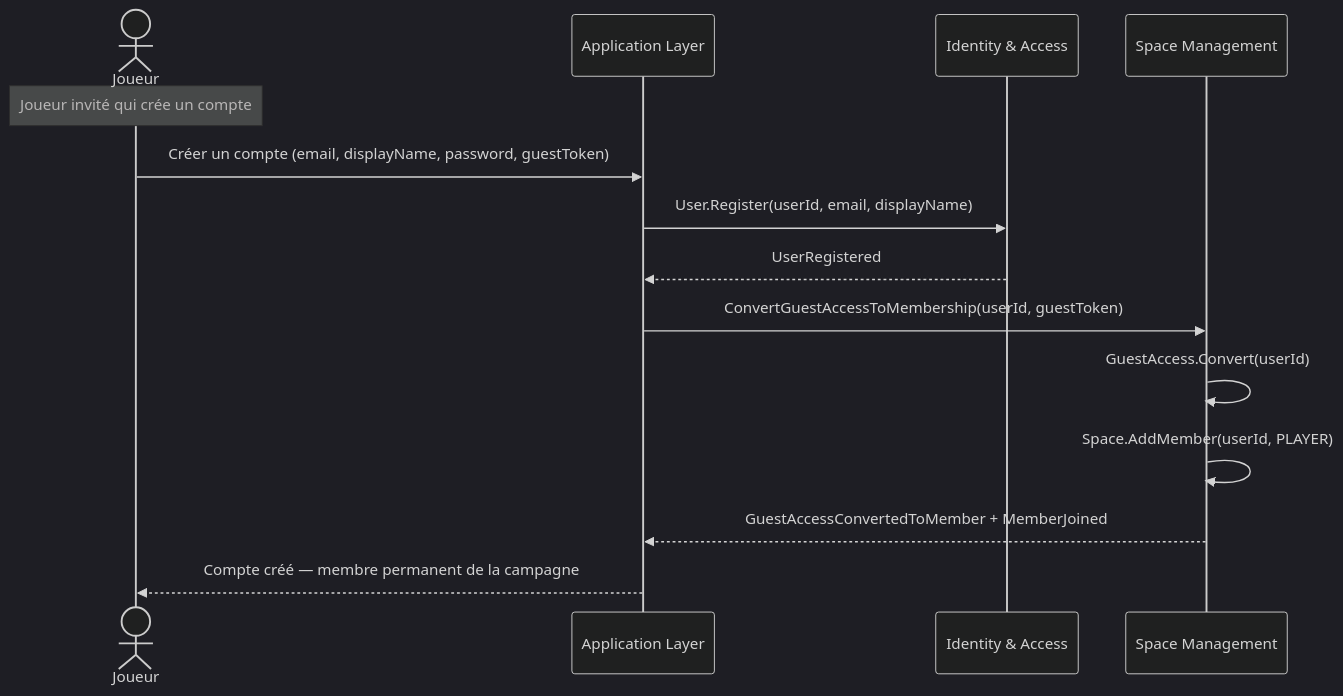
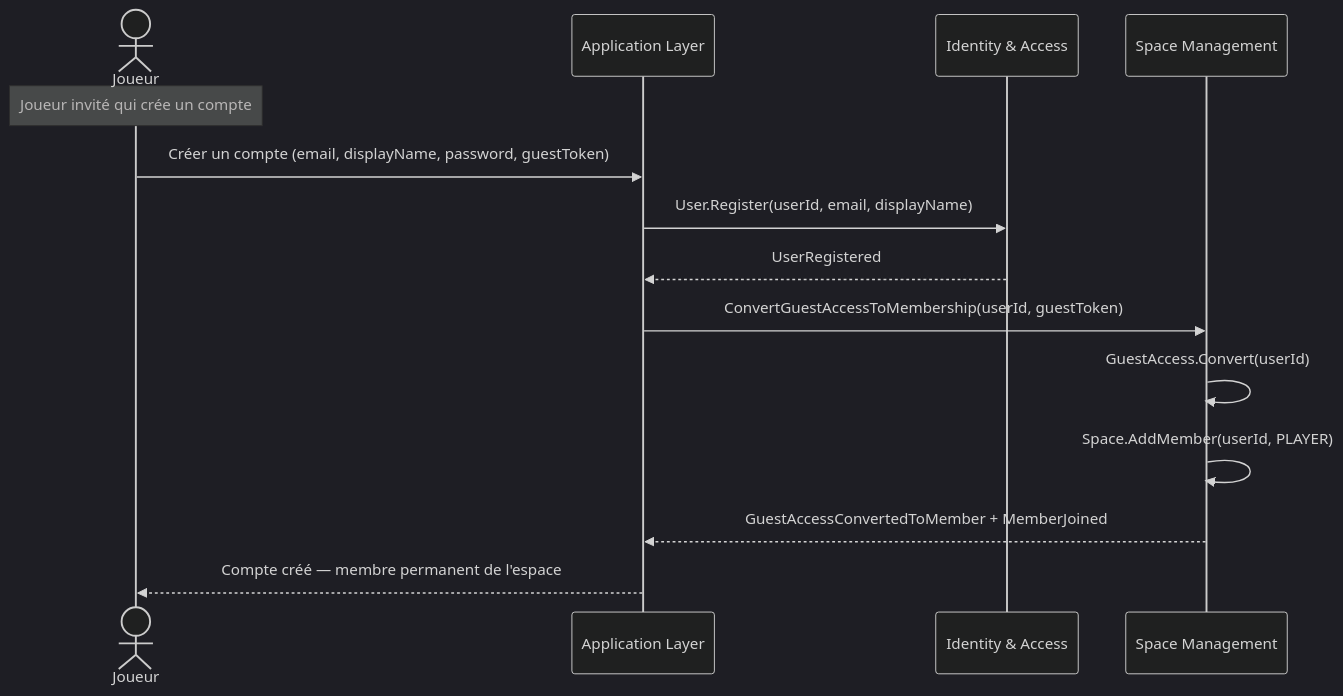
Before and after one commit to 2025-10-CDA-ECO-P6/PM-micro-saas: the sixth of 7 diagrams in docs/conception/domain/diagrams/flows/space-management.md, drawn with Mermaid (dark theme). The commit also changed other lines of this file and 68 other files, not shown here.

````diff
--- a/docs/conception/domain/diagrams/flows/space-management.md
+++ b/docs/conception/domain/diagrams/flows/space-management.md
@@ -105,17 +105,17 @@
 ```mermaid
 sequenceDiagram
     actor Joueur
     participant App as Application Layer
     participant IA as Identity & Access
-    participant CM as Space Management
+    participant SM as Space Management
 
     Note over Joueur: Joueur invité qui crée un compte
     Joueur->>App: Créer un compte (email, displayName, password, guestToken)
     App->>IA: User.Register(userId, email, displayName)
     IA-->>App: UserRegistered
-    App->>CM: ConvertGuestAccessToMembership(userId, guestToken)
-    CM->>CM: GuestAccess.Convert(userId)
-    CM->>CM: Space.AddMember(userId, PLAYER)
-    CM-->>App: GuestAccessConvertedToMember + MemberJoined
-    App-->>Joueur: Compte créé — membre permanent de la campagne
+    App->>SM: ConvertGuestAccessToMembership(userId, guestToken)
+    SM->>SM: GuestAccess.Convert(userId)
+    SM->>SM: Space.AddMember(userId, PLAYER)
+    SM-->>App: GuestAccessConvertedToMember + MemberJoined
+    App-->>Joueur: Compte créé — membre permanent de l'espace
 ```
````
